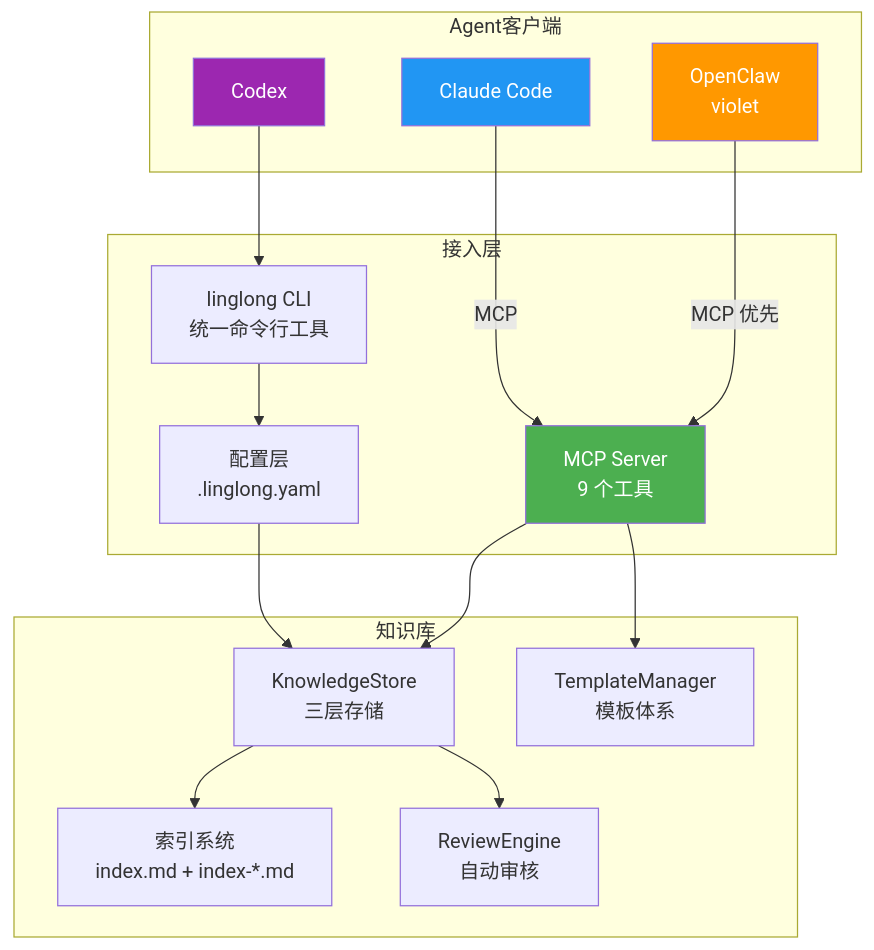
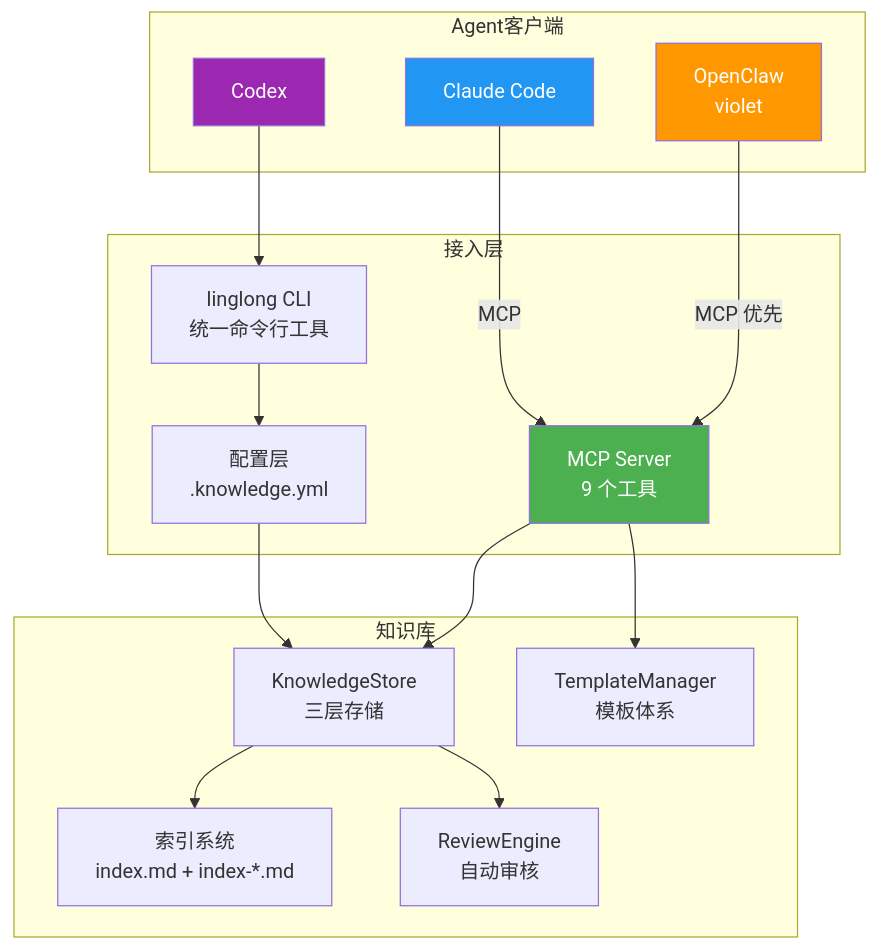
One commit to xinovate/linglong-knowledge changed the first of 2 diagrams in docs/design/06-agent-integration.md. Above: the diagram before and after it, drawn with Mermaid. The commit also changed other lines of this file and 76 other files, not shown here.

````diff
--- a/docs/design/06-agent-integration.md
+++ b/docs/design/06-agent-integration.md
@@ -29,36 +29,36 @@
 ```mermaid
 graph TD
     subgraph Agent客户端
         OC[OpenClaw<br/>violet]
         CC[Claude Code]
         CX[Codex]
     end
 
     subgraph 接入层
         MCP[MCP Server<br/>9 个工具]
         CLI[linglong CLI<br/>统一命令行工具]
-        CONFIG[配置层<br/>.linglong.yaml]
+        CONFIG[配置层<br/>.knowledge.yml]
     end
 
     subgraph 知识库
         KS[KnowledgeStore<br/>三层存储]
         IDX[索引系统<br/>index.md + index-*.md]
         REV[ReviewEngine<br/>自动审核]
         TPL[TemplateManager<br/>模板体系]
     end
 
     OC -->|MCP 优先| MCP
     CC -->|MCP| MCP
     CX --> CLI
     MCP --> KS
     MCP --> TPL
     CLI --> CONFIG
     CONFIG --> KS
     KS --> IDX
     KS --> REV
 
     style OC fill:#FF9800,color:#fff
     style CC fill:#2196F3,color:#fff
     style CX fill:#9C27B0,color:#fff
     style MCP fill:#4CAF50,color:#fff
 ```
````
